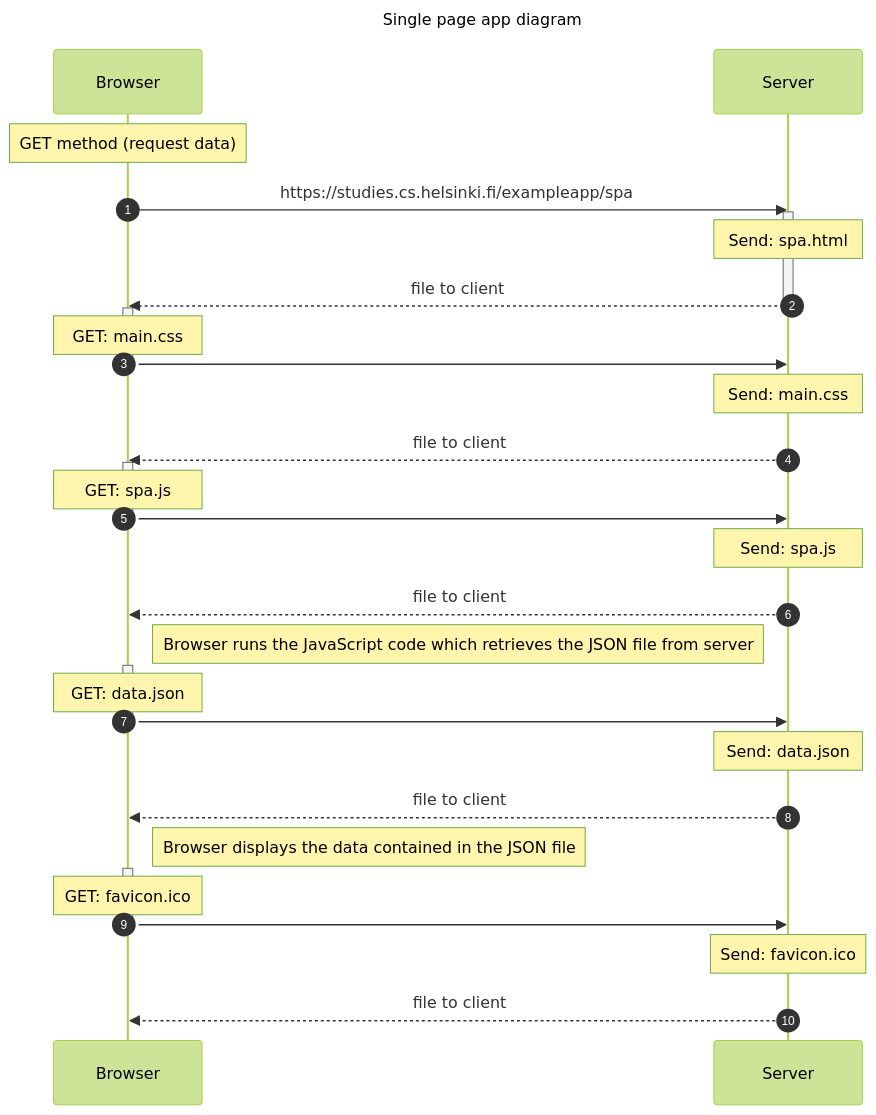
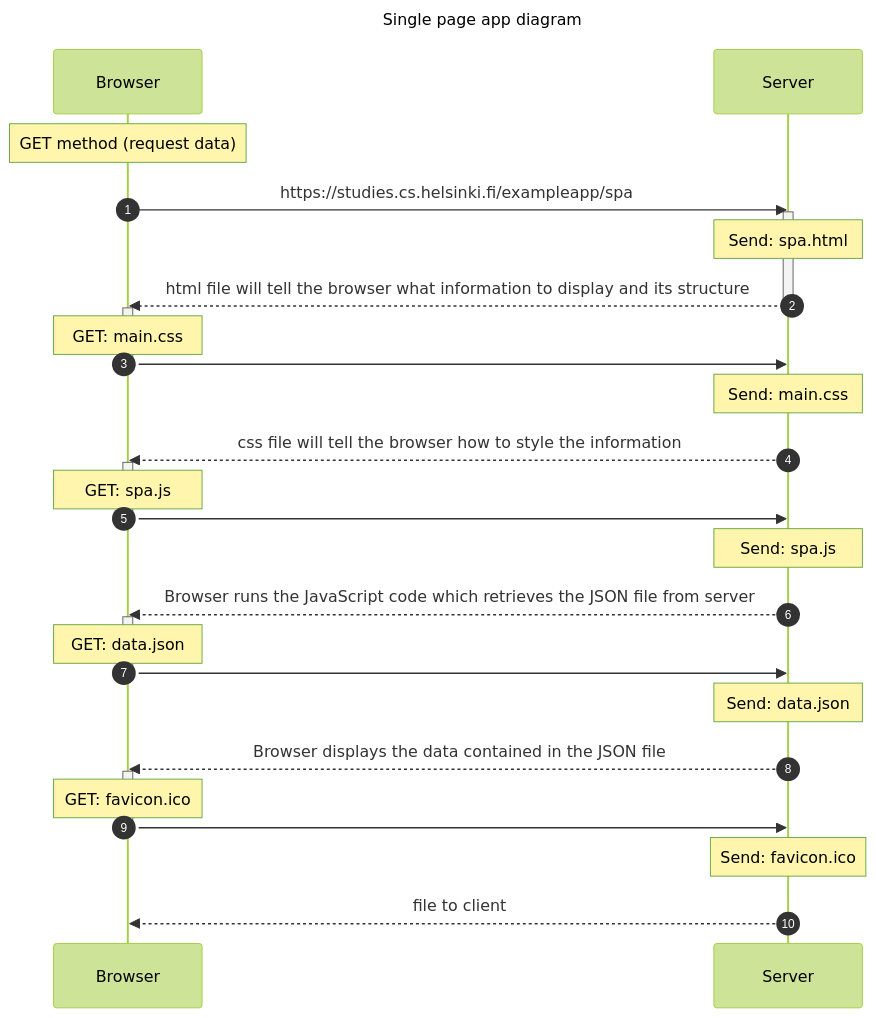
One commit to Bitlaw/fullstackopen-submissions-repository changed the diagram in part0/single-page-app-diagram.mmd. Above: the diagram before and after it, drawn with Mermaid (forest theme). The commit also changed other lines of this file, not shown here.

```diff
--- a/part0/single-page-app-diagram.mmd
+++ b/part0/single-page-app-diagram.mmd
@@ -1,48 +1,44 @@
 ---
 title: Single page app diagram 
 ---
 
 
 sequenceDiagram
 
     autonumber
 
     Note over Browser:  GET method (request data)
     Browser->>Server: https://studies.cs.helsinki.fi/exampleapp/spa
 
     activate Server
     Note over Server: Send: spa.html
-    Server-->>Browser: file to client
+    Server-->>Browser: html file will tell the browser what information to display and its structure
     deactivate Server
 
     activate Browser 
     Note over Browser: GET: main.css 
     Browser->>Server: 
     deactivate Browser 
     Note over Server: Send: main.css 
-    Server-->>Browser: file to client
+    Server-->>Browser: css file will tell the browser how to style the information
 
     activate Browser 
     Note over Browser: GET: spa.js 
     Browser->>Server: 
     deactivate Browser 
     Note over Server: Send: spa.js 
-    Server-->>Browser: file to client
+    Server-->>Browser: Browser runs the JavaScript code which retrieves the JSON file from server
 
-    Note right of Browser: Browser runs the JavaScript code which retrieves the JSON file from server
-    
     activate Browser 
     Note over Browser: GET: data.json 
     Browser->>Server: 
     deactivate Browser 
     Note over Server: Send: data.json
-    Server-->>Browser: file to client
-
-    Note right of Browser: Browser displays the data contained in the JSON file
+    Server-->>Browser: Browser displays the data contained in the JSON file
 
     activate Browser 
     Note over Browser: GET: favicon.ico
     Browser->>Server: 
     deactivate Browser 
     Note over Server: Send: favicon.ico
     Server-->>Browser: file to client
```
